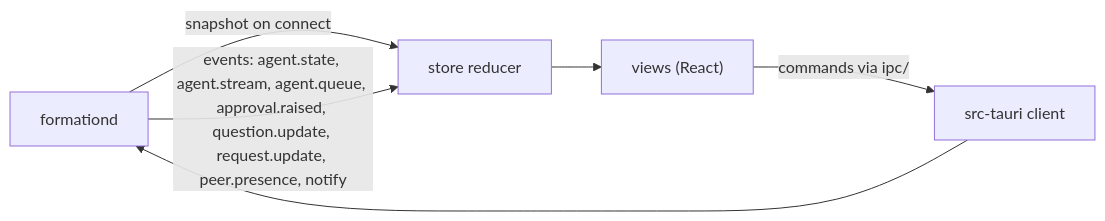
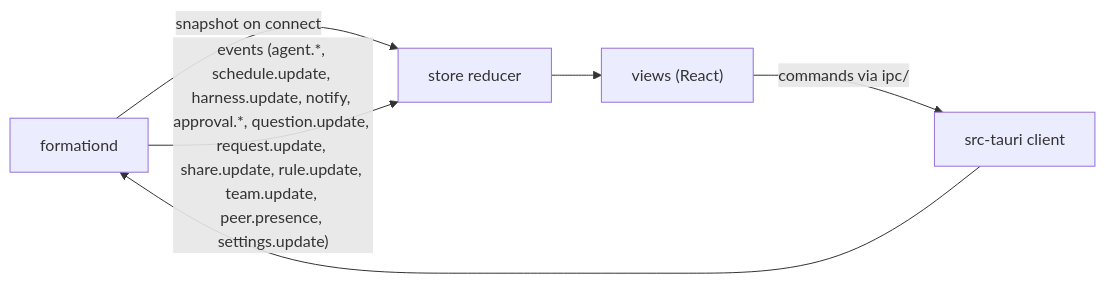
Before and after one commit to callmejustdodo/OpenGrokBot: the diagram in documentations/5_frontend_architecture.md, drawn with Mermaid. The commit also changed other lines of this file and 29 other files, not shown here.

````diff
--- a/documentations/5_frontend_architecture.md
+++ b/documentations/5_frontend_architecture.md
@@ -41,7 +41,7 @@
 ```mermaid
 flowchart LR
   D["formationd"] -- "snapshot on connect" --> R["store reducer"]
-  D -- "events: agent.state, agent.stream, agent.queue, approval.raised, question.update, request.update, peer.presence, notify" --> R
+  D -- "events (agent.*, schedule.update, harness.update, notify, approval.*, question.update, request.update, share.update, rule.update, team.update, peer.presence, settings.update)" --> R
   R --> V["views (React)"]
   V -- "commands via ipc/" --> T["src-tauri client"] --> D
 ```
````
